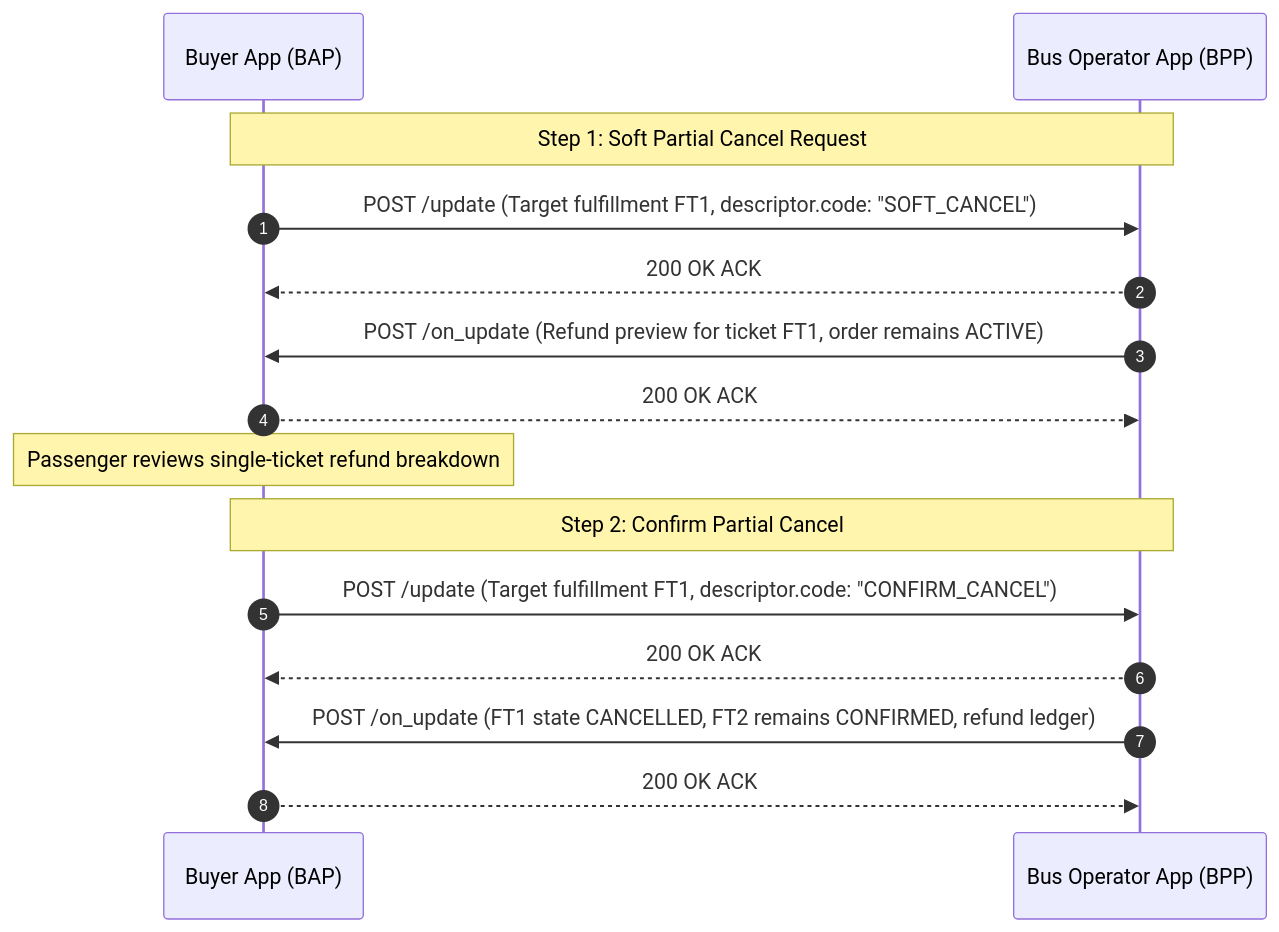
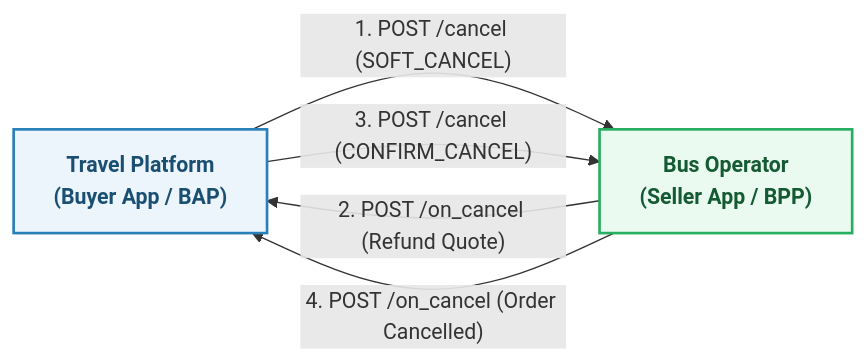
One commit to ONDC-Official/automation-specifications changed the third of 5 diagrams in config/docs/intercity.md. Above: the diagram before and after it, drawn with Mermaid. The commit also changed other lines of this file and 1 other file, not shown here.

````diff
--- a/config/docs/intercity.md
+++ b/config/docs/intercity.md
@@ -404,19 +310,13 @@
 ```mermaid
-sequenceDiagram
-    autonumber
-    participant BAP as Buyer App (BAP)
-    participant BPP as Bus Operator App (BPP)
-    
-    Note over BAP,BPP: Step 1: Soft Partial Cancel Request
-    BAP->>BPP: POST /update (Target fulfillment FT1, descriptor.code: "SOFT_CANCEL")
-    BPP-->>BAP: 200 OK ACK
-    BPP->>BAP: POST /on_update (Refund preview for ticket FT1, order remains ACTIVE)
-    BAP-->>BPP: 200 OK ACK
-    Note over BAP: Passenger reviews single-ticket refund breakdown
-    
-    Note over BAP,BPP: Step 2: Confirm Partial Cancel
-    BAP->>BPP: POST /update (Target fulfillment FT1, descriptor.code: "CONFIRM_CANCEL")
-    BPP-->>BAP: 200 OK ACK
-    BPP->>BAP: POST /on_update (FT1 state CANCELLED, FT2 remains CONFIRMED, refund ledger)
-    BAP-->>BPP: 200 OK ACK
+flowchart LR
+    classDef client fill:#EBF5FB,stroke:#2980B9,stroke-width:2px,color:#1B4F72,font-weight:bold;
+    classDef provider fill:#EAFAF1,stroke:#27AE60,stroke-width:2px,color:#145A32,font-weight:bold;
+
+    BAP["Travel Platform<br/>(Buyer App / BAP)"]:::client
+    BPP["Bus Operator<br/>(Seller App / BPP)"]:::provider
+
+    BAP -->|"1. POST /cancel (SOFT_CANCEL)"| BPP
+    BPP -->|"2. POST /on_cancel (Refund Quote)"| BAP
+    BAP -->|"3. POST /cancel (CONFIRM_CANCEL)"| BPP
+    BPP -->|"4. POST /on_cancel (Order Cancelled)"| BAP
 ```
````
